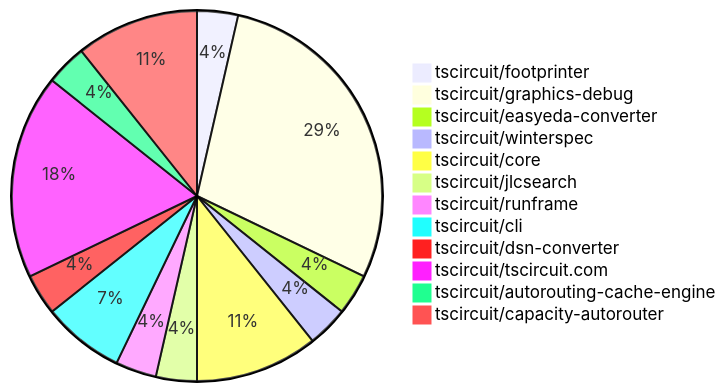
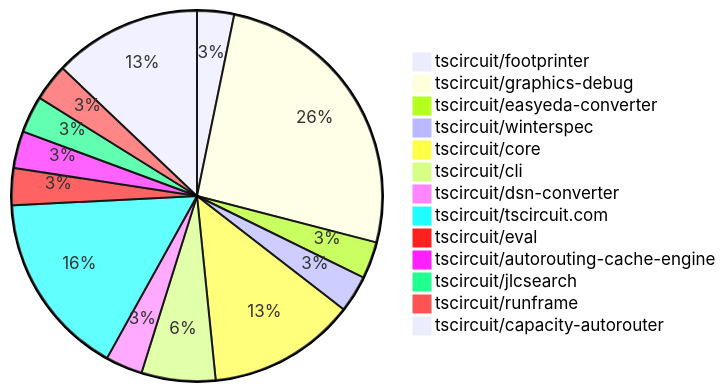
Before and after one commit to tscircuit/contribution-tracker: the diagram in README.md, drawn with Mermaid. The commit also changed other lines of this file and 2 other files, not shown here.

````diff
--- a/README.md
+++ b/README.md
@@ -24,15 +24,16 @@
 ```mermaid
 pie
     "tscircuit/footprinter" : 1
     "tscircuit/graphics-debug" : 8
     "tscircuit/easyeda-converter" : 1
     "tscircuit/winterspec" : 1
-    "tscircuit/core" : 3
-    "tscircuit/jlcsearch" : 1
-    "tscircuit/runframe" : 1
+    "tscircuit/core" : 4
     "tscircuit/cli" : 2
     "tscircuit/dsn-converter" : 1
     "tscircuit/tscircuit.com" : 5
+    "tscircuit/eval" : 1
     "tscircuit/autorouting-cache-engine" : 1
-    "tscircuit/capacity-autorouter" : 3
+    "tscircuit/jlcsearch" : 1
+    "tscircuit/runframe" : 1
+    "tscircuit/capacity-autorouter" : 4
 ```
````
